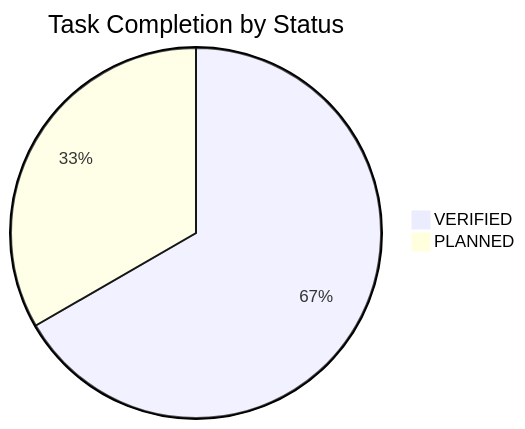
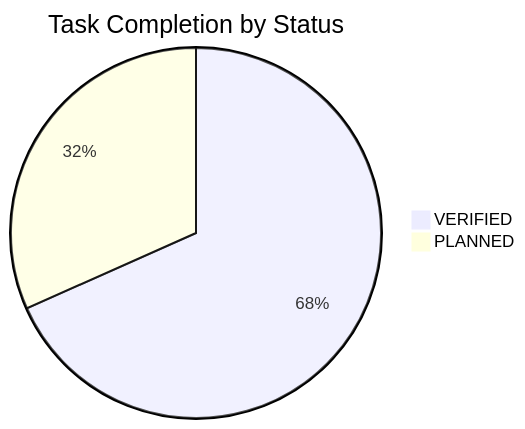
One commit to NguyenTriBaoThang/ClearWayAI changed the diagram in docs/TASK_BOARD.md. Above: the diagram before and after it, drawn with Mermaid. The commit also changed other lines of this file and 8 other files, not shown here.

````diff
--- a/docs/TASK_BOARD.md
+++ b/docs/TASK_BOARD.md
@@ -16,5 +16,5 @@
 ```mermaid
 pie title Task Completion by Status
-    "VERIFIED" : 40
-    "PLANNED" : 20
+    "VERIFIED" : 41
+    "PLANNED" : 19
 ```
````
